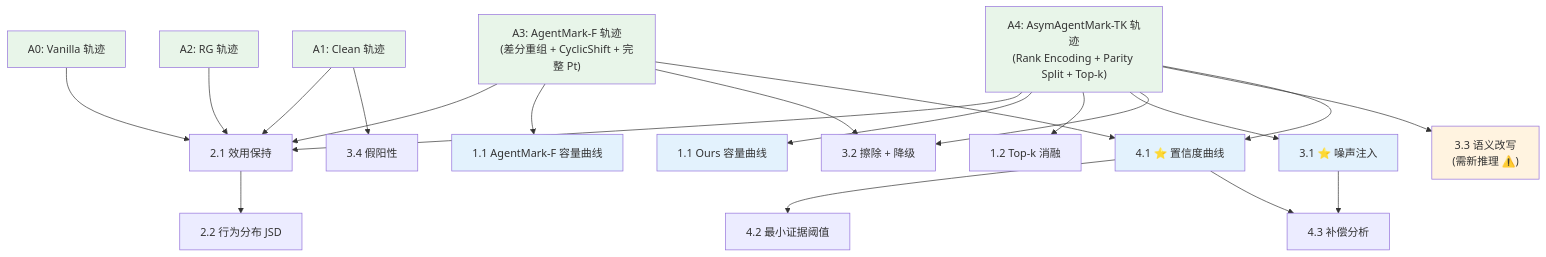
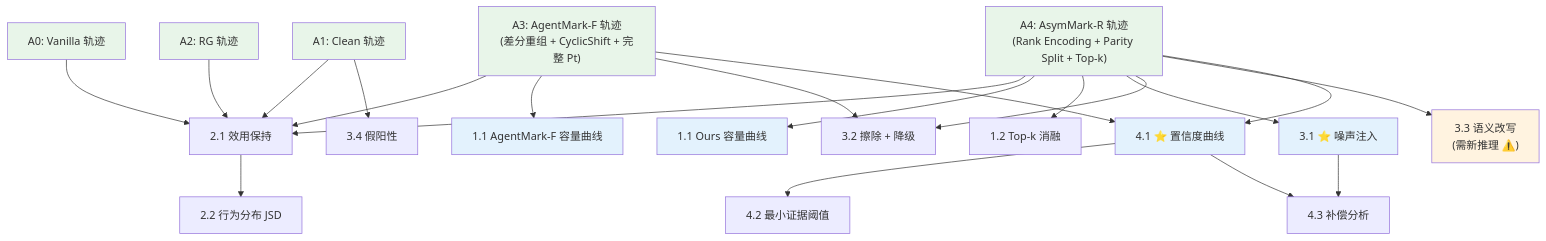
Before and after one commit to Tooooa/AgentMarkBeta: the diagram in output-0510/docs/AsymAgentMark-TK 实验设计细节 3980516290a282a3b00c818c4f23654f.md, drawn with Mermaid. The commit also changed other lines of this file and 17 other files, not shown here.

Commit message:
Rename paper docs to AsymMark-R

````diff
--- a/output-0510/docs/AsymAgentMark-TK 实验设计细节 3980516290a282a3b00c818c4f23654f.md
+++ b/output-0510/docs/AsymAgentMark-TK 实验设计细节 3980516290a282a3b00c818c4f23654f.md
@@ -620,36 +620,36 @@
 ```mermaid
 flowchart TD
     A0["A0: Vanilla 轨迹"] --> E21["2.1 效用保持"]
     A1["A1: Clean 轨迹"] --> E21
     A2["A2: RG 轨迹"] --> E21
     A3["A3: AgentMark-F 轨迹<br>(差分重组 + CyclicShift + 完整 Pt)"] --> E21
-    A4["A4: AsymAgentMark-TK 轨迹<br>(Rank Encoding + Parity Split + Top-k)"] --> E21
+    A4["A4: AsymMark-R 轨迹<br>(Rank Encoding + Parity Split + Top-k)"] --> E21
 
     E21 --> E22["2.2 行为分布 JSD"]
 
     A3 --> E11F["1.1 AgentMark-F 容量曲线"]
     A4 --> E11O["1.1 Ours 容量曲线"]
     A4 --> E12["1.2 Top-k 消融"]
     A4 --> E31["3.1 ⭐ 噪声注入"]
     A3 --> E32["3.2 擦除 + 降级"]
     A4 --> E32
     A1 --> E34["3.4 假阳性"]
     A4 --> E33["3.3 语义改写<br>(需新推理 ⚠️)"]
     A3 --> E41["4.1 ⭐ 置信度曲线"]
     A4 --> E41
 
     E41 --> E42["4.2 最小证据阈值"]
     E31 --> E43["4.3 补偿分析"]
     E41 --> E43
 
     style A0 fill:#e8f5e9
     style A1 fill:#e8f5e9
     style A2 fill:#e8f5e9
     style A3 fill:#e8f5e9
     style A4 fill:#e8f5e9
     style E33 fill:#fff3e0
     style E11F fill:#e3f2fd
     style E11O fill:#e3f2fd
     style E31 fill:#e3f2fd
     style E41 fill:#e3f2fd
 ```
````
